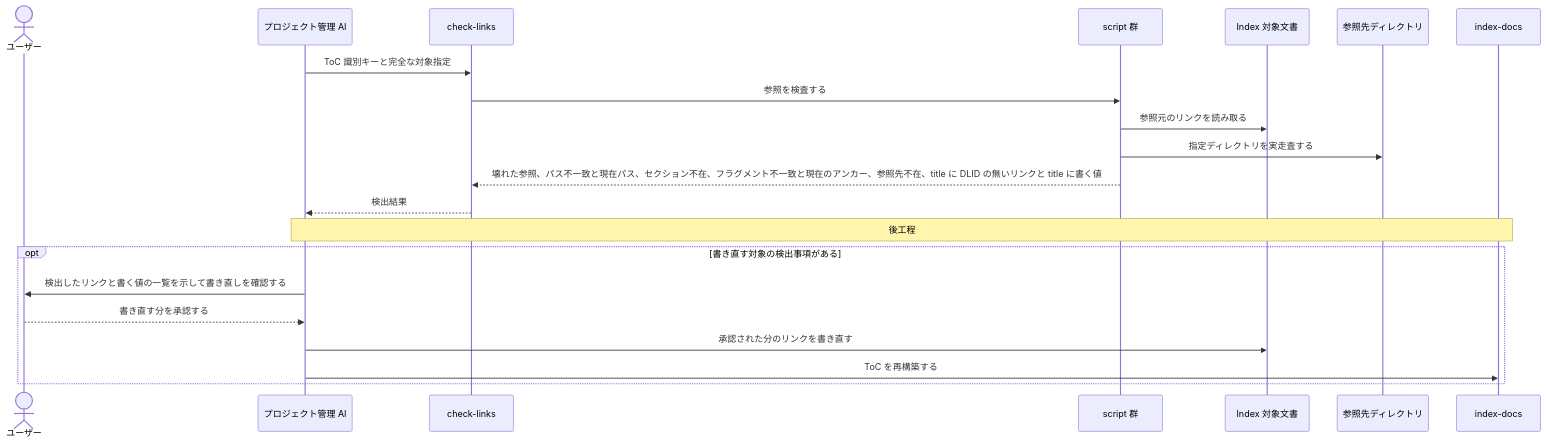
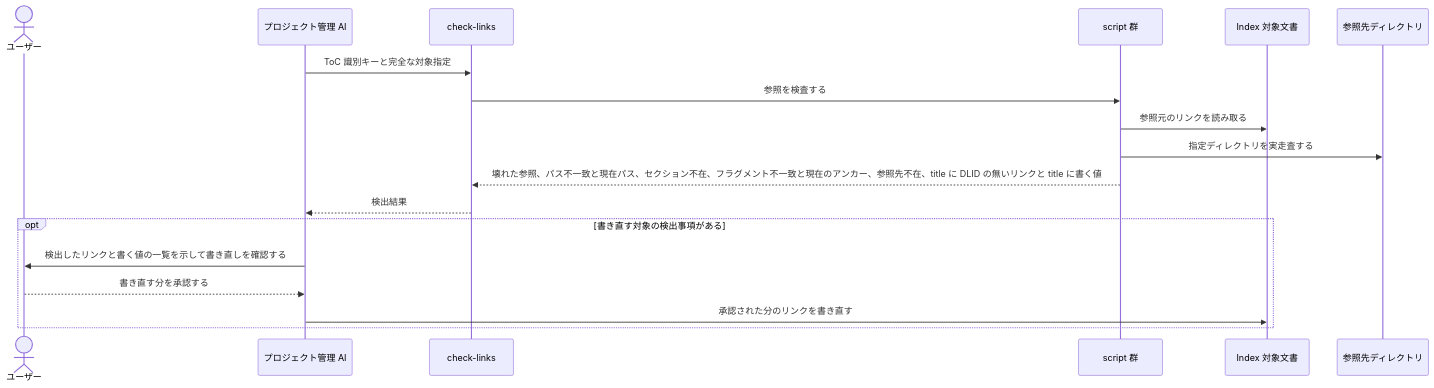
Before and after one commit to BlueEventHorizon/doc-link: the sixth of 10 diagrams in docs/specs/design/DES-010_skill-composition.md, drawn with Mermaid. The commit also changed other lines of this file and 30 other files, not shown here.

````diff
--- a/docs/specs/design/DES-010_skill-composition.md
+++ b/docs/specs/design/DES-010_skill-composition.md
@@ -294,24 +274,21 @@
 ```mermaid
 sequenceDiagram
     actor User as ユーザー
     participant PM as プロジェクト管理 AI
     participant Skill as check-links
     participant Scripts as script 群
     participant Docs as Index 対象文書
     participant RefDirs as 参照先ディレクトリ
-    participant Index as index-docs
 
     PM->>Skill: ToC 識別キーと完全な対象指定
     Skill->>Scripts: 参照を検査する
     Scripts->>Docs: 参照元のリンクを読み取る
     Scripts->>RefDirs: 指定ディレクトリを実走査する
     Scripts-->>Skill: 壊れた参照、パス不一致と現在パス、セクション不在、フラグメント不一致と現在のアンカー、参照先不在、title に DLID の無いリンクと title に書く値
     Skill-->>PM: 検出結果
-    Note over PM,Index: 後工程
     opt 書き直す対象の検出事項がある
         PM->>User: 検出したリンクと書く値の一覧を示して書き直しを確認する
         User-->>PM: 書き直す分を承認する
         PM->>Docs: 承認された分のリンクを書き直す
-        PM->>Index: ToC を再構築する
     end
 ```
````
